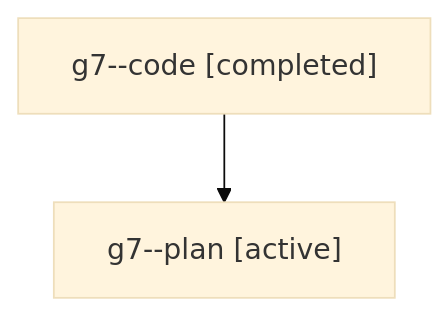
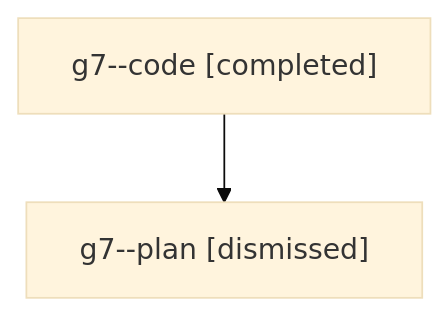
Before and after one commit to sase-org/sase--agents: the diagram in sessions/bbugyi200.athena.g7.md, drawn with Mermaid (base theme). The commit also changed other lines of this file and 30 other files, not shown here.

````diff
--- a/sessions/bbugyi200.athena.g7.md
+++ b/sessions/bbugyi200.athena.g7.md
@@ -9,6 +9,6 @@
 ```mermaid
 flowchart TD
   n0["g7--code [completed]"]
-  n1["g7--plan [active]"]
+  n1["g7--plan [dismissed]"]
   n0 --> n1
 ```
````
